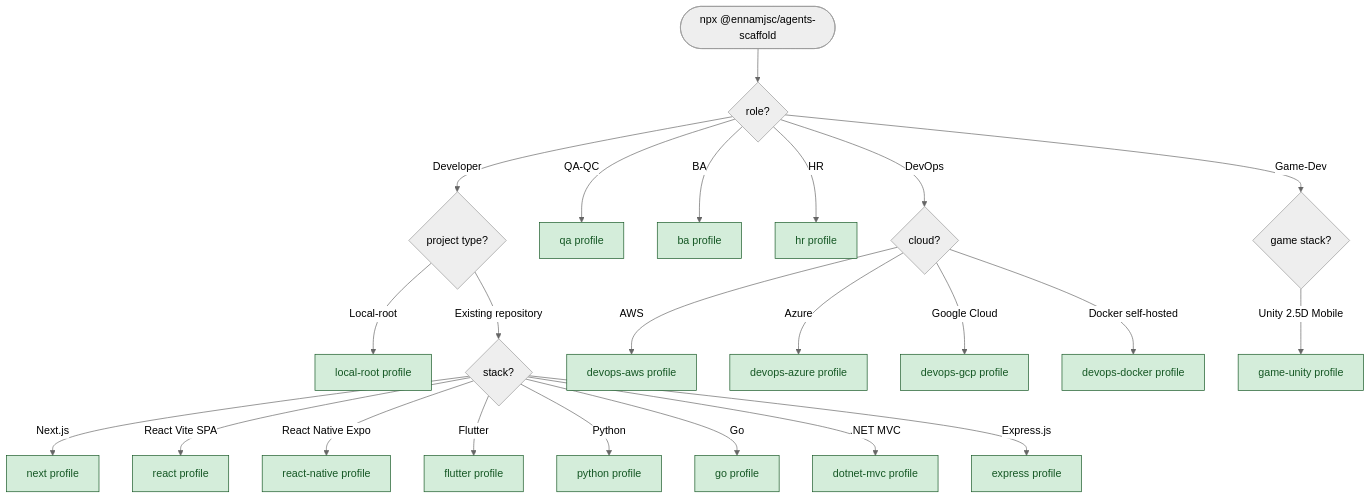
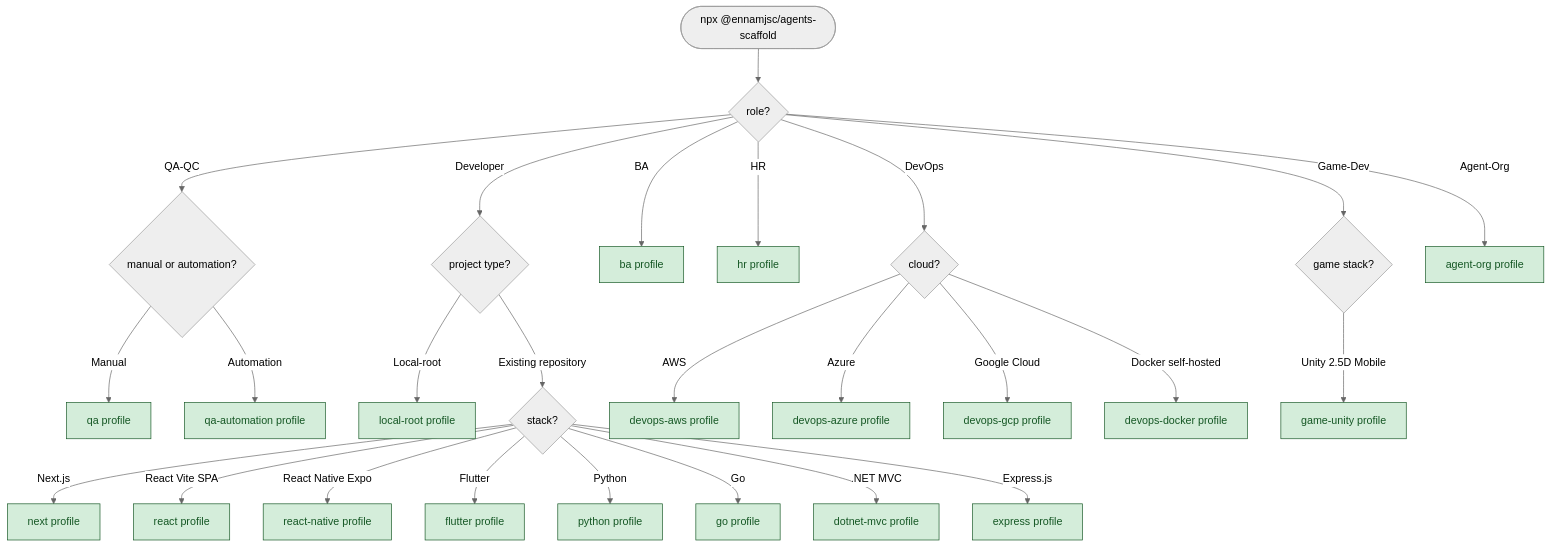
The diagram in README.md (En-Nam/ennam-agents-scaffold), drawn with Mermaid (neutral theme) before and after one commit. The commit also changed other lines of this file and 5 other files, not shown here.

````diff
--- a/README.md
+++ b/README.md
@@ -29,33 +29,37 @@
 ```mermaid
 flowchart TD
     Start([npx @ennamjsc/agents-scaffold]) --> Role{role?}
 
     Role -->|Developer| PType{project type?}
-    Role -->|QA-QC| QA[qa profile]
+    Role -->|QA-QC| QAKind{manual or automation?}
     Role -->|BA| BA[ba profile]
     Role -->|HR| HR[hr profile]
     Role -->|DevOps| Cloud{cloud?}
     Role -->|Game-Dev| GameStack{game stack?}
+    Role -->|Agent-Org| AgentOrg[agent-org profile]
+
+    QAKind -->|Manual| QA[qa profile]
+    QAKind -->|Automation| QAAuto[qa-automation profile]
 
     PType -->|Local-root| LR[local-root profile]
     PType -->|Existing repository| Stack{stack?}
 
     Stack -->|Next.js| Next[next profile]
     Stack -->|React Vite SPA| React[react profile]
     Stack -->|React Native Expo| RN[react-native profile]
     Stack -->|Flutter| Flutter[flutter profile]
     Stack -->|Python| Python[python profile]
     Stack -->|Go| Go[go profile]
     Stack -->|.NET MVC| Dotnet[dotnet-mvc profile]
     Stack -->|Express.js| Express[express profile]
 
     Cloud -->|AWS| AWS[devops-aws profile]
     Cloud -->|Azure| Azure[devops-azure profile]
     Cloud -->|Google Cloud| GCP[devops-gcp profile]
     Cloud -->|Docker self-hosted| DockerProfile[devops-docker profile]
 
     GameStack -->|Unity 2.5D Mobile| GameUnity[game-unity profile]
 
     classDef leaf fill:#d4edda,stroke:#155724,color:#155724;
-    class QA,BA,HR,LR,Next,React,RN,Flutter,Python,Go,Dotnet,Express,AWS,Azure,GCP,DockerProfile,GameUnity leaf;
+    class QA,QAAuto,BA,HR,LR,Next,React,RN,Flutter,Python,Go,Dotnet,Express,AWS,Azure,GCP,DockerProfile,GameUnity,AgentOrg leaf;
 ```
````
